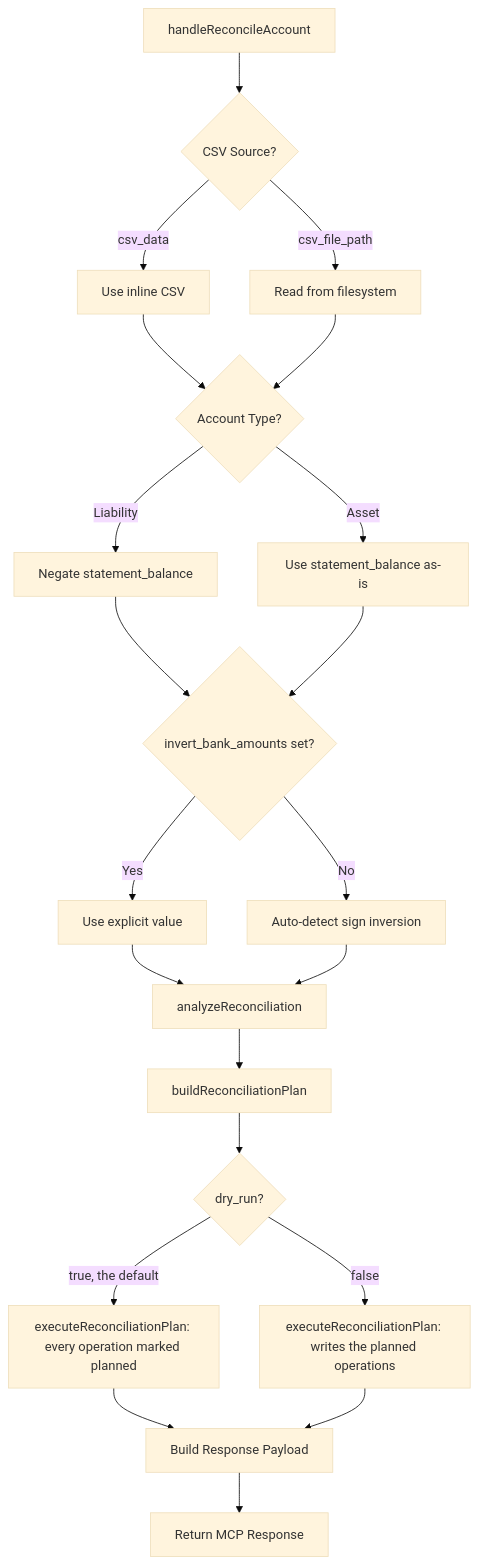
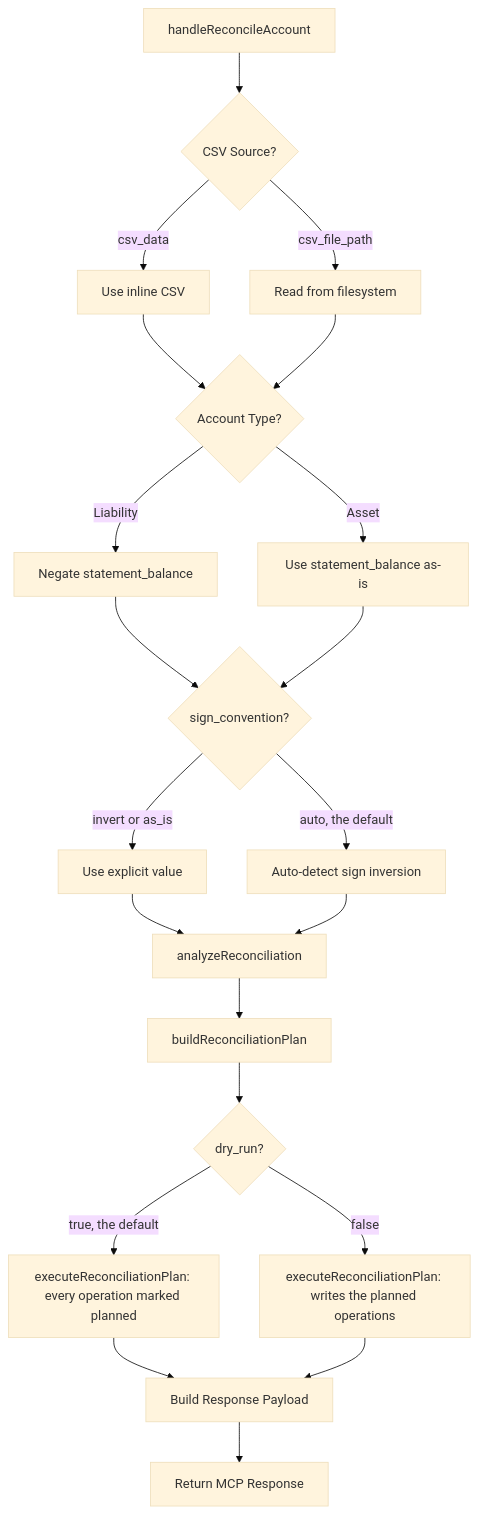
One commit to dizzlkheinz/ynab-mcpb changed the third of 16 diagrams in docs/technical/reconciliation-system-architecture.md. Above: the diagram before and after it, drawn with Mermaid (base theme). The commit also changed other lines of this file and 3 other files, not shown here.

First line of the commit message:
docs: describe reconcile_account from its real schema and payload

````diff
--- a/docs/technical/reconciliation-system-architecture.md
+++ b/docs/technical/reconciliation-system-architecture.md
@@ -141,31 +141,31 @@
 ```mermaid
 graph TD
     A[handleReconcileAccount] --> B{CSV Source?}
     B -->|csv_data| C[Use inline CSV]
     B -->|csv_file_path| D[Read from filesystem]
 
     C --> E{Account Type?}
     D --> E
 
     E -->|Liability| F[Negate statement_balance]
     E -->|Asset| G[Use statement_balance as-is]
 
-    F --> H{invert_bank_amounts set?}
+    F --> H{sign_convention?}
     G --> H
 
-    H -->|Yes| I[Use explicit value]
-    H -->|No| J[Auto-detect sign inversion]
+    H -->|invert or as_is| I[Use explicit value]
+    H -->|auto, the default| J[Auto-detect sign inversion]
 
     I --> K[analyzeReconciliation]
     J --> K
 
     K --> L[buildReconciliationPlan]
     L --> M{dry_run?}
     M -->|true, the default| N[executeReconciliationPlan: every operation marked planned]
     M -->|false| O[executeReconciliationPlan: writes the planned operations]
 
     N --> P[Build Response Payload]
     O --> P
 
     P --> Q[Return MCP Response]
 ```
````
